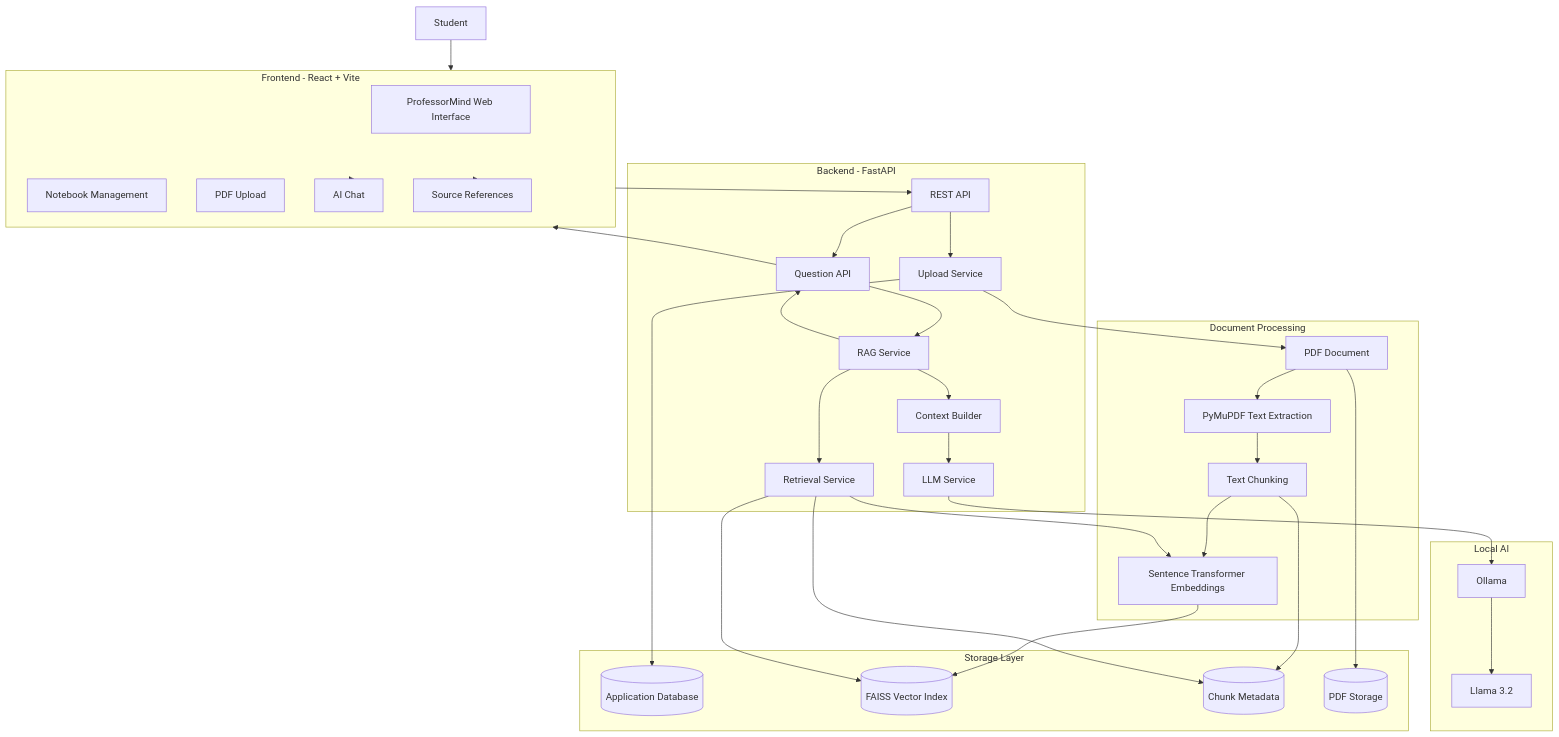
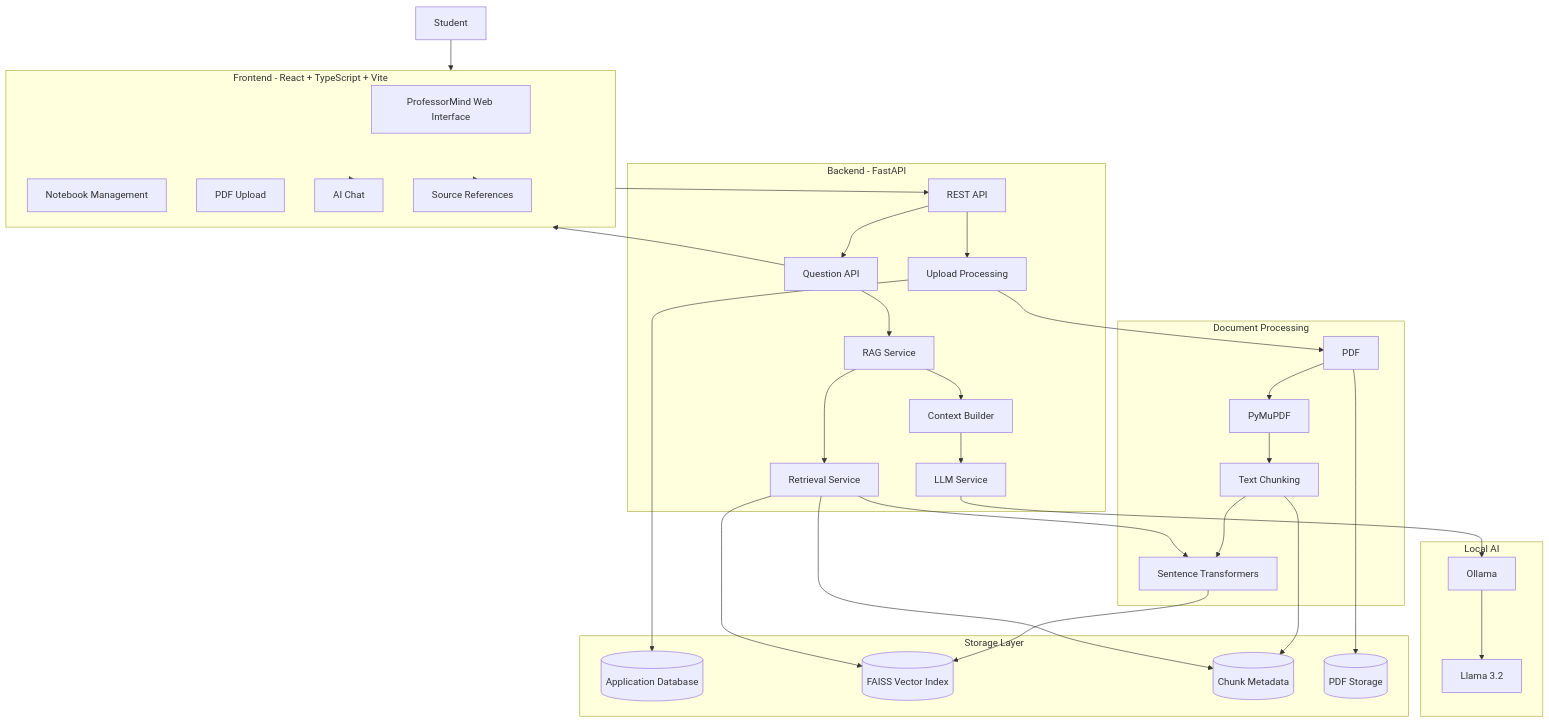
One commit to NAITIKK682/ProfessorMindAI changed the first of 15 diagrams in README.md. Above: the diagram before and after it, drawn with Mermaid. The commit also changed other lines of this file, not shown here.

````diff
--- a/README.md
+++ b/README.md
@@ -297,74 +358,73 @@
 ```mermaid
 flowchart TB
 
     USER[Student]
 
-    subgraph FRONTEND[Frontend - React + Vite]
+    subgraph FRONTEND[Frontend - React + TypeScript + Vite]
         UI[ProfessorMind Web Interface]
         NOTEBOOK_UI[Notebook Management]
         UPLOAD_UI[PDF Upload]
         CHAT_UI[AI Chat]
         SOURCE_UI[Source References]
     end
 
     subgraph BACKEND[Backend - FastAPI]
         API[REST API]
-        UPLOAD[Upload Service]
+        UPLOAD[Upload Processing]
         QUESTION[Question API]
         RAG[RAG Service]
         RETRIEVAL[Retrieval Service]
         CONTEXT[Context Builder]
         LLM[LLM Service]
     end
 
     subgraph PROCESSING[Document Processing]
-        PDF[PDF Document]
-        EXTRACT[PyMuPDF Text Extraction]
+        PDF[PDF]
+        EXTRACT[PyMuPDF]
         CHUNK[Text Chunking]
-        EMBED[Sentence Transformer Embeddings]
+        EMBED[Sentence Transformers]
     end
 
     subgraph STORAGE[Storage Layer]
         DB[(Application Database)]
         FAISS[(FAISS Vector Index)]
         META[(Chunk Metadata)]
         FILES[(PDF Storage)]
     end
 
     subgraph LOCAL_AI[Local AI]
         OLLAMA[Ollama]
         LLAMA[Llama 3.2]
     end
 
     USER --> FRONTEND
+
     FRONTEND --> API
 
     API --> UPLOAD
     API --> QUESTION
 
     UPLOAD --> PDF
     PDF --> EXTRACT
     EXTRACT --> CHUNK
     CHUNK --> EMBED
     EMBED --> FAISS
     CHUNK --> META
     PDF --> FILES
     UPLOAD --> DB
 
     QUESTION --> RAG
     RAG --> RETRIEVAL
     RETRIEVAL --> EMBED
     RETRIEVAL --> FAISS
     RETRIEVAL --> META
 
     RAG --> CONTEXT
     CONTEXT --> LLM
     LLM --> OLLAMA
     OLLAMA --> LLAMA
 
-    RAG --> QUESTION
     QUESTION --> FRONTEND
-
+    FRONTEND --> CHAT_UI
     FRONTEND --> SOURCE_UI
-    FRONTEND --> CHAT_UI
 ```
````
